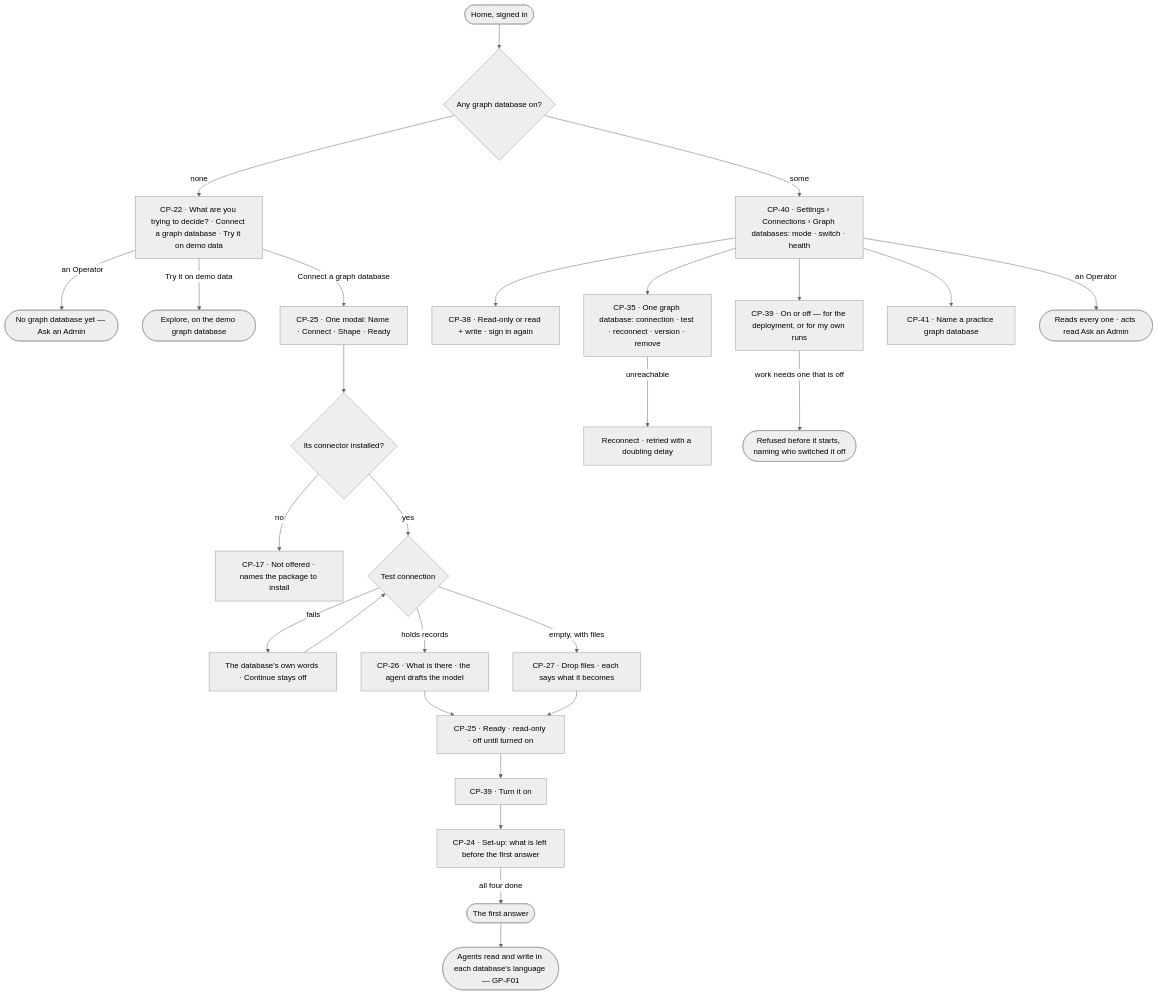
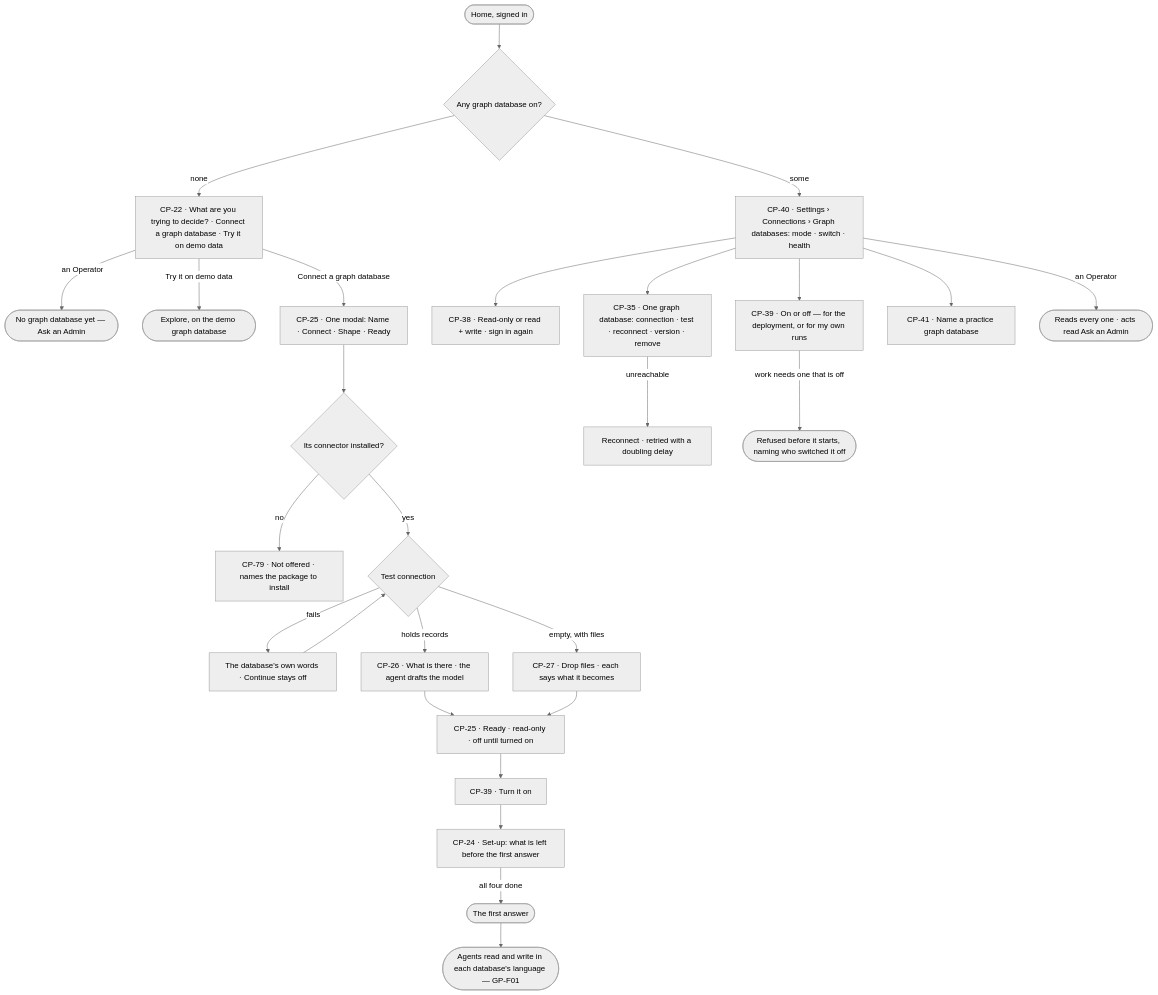
The first of 2 diagrams in specs/os/control/features/CP-F05-graph-databases/feature.md (invana/invana), drawn with Mermaid (neutral theme) before and after one commit. The commit also changed other lines of this file and 156 other files, not shown here.

Commit message:
wip(platform-design-3): P02 · steps 1-4 — section 4, E2E sweep, merges, flow boards, journeys

````diff
--- a/specs/os/control/features/CP-F05-graph-databases/feature.md
+++ b/specs/os/control/features/CP-F05-graph-databases/feature.md
@@ -26,28 +26,28 @@
 ```mermaid
 flowchart TD
   h([Home, signed in]) --> f{"Any graph database on?"}
   f -->|none| q["CP-22 · What are you trying to decide? · Connect a graph database · Try it on demo data"]
   q -->|an Operator| qa(["No graph database yet — Ask an Admin"])
   q -->|Try it on demo data| dm(["Explore, on the demo graph database"])
   q -->|Connect a graph database| c["CP-25 · One modal: Name · Connect · Shape · Ready"]
   c --> pk{"Its connector installed?"}
-  pk -->|no| pkn["CP-17 · Not offered · names the package to install"]
+  pk -->|no| pkn["CP-79 · Not offered · names the package to install"]
   pk -->|yes| t{"Test connection"}
   t -->|fails| tf["The database's own words · Continue stays off"] --> t
   t -->|holds records| hd["CP-26 · What is there · the agent drafts the model"]
   t -->|empty, with files| fl["CP-27 · Drop files · each says what it becomes"]
   hd --> rd["CP-25 · Ready · read-only · off until turned on"]
   fl --> rd
   rd --> on["CP-39 · Turn it on"]
   on --> su["CP-24 · Set-up: what is left before the first answer"]
   su -->|all four done| ans(["The first answer"])
   f -->|some| ls["CP-40 · Settings › Connections › Graph databases: mode · switch · health"]
   ls --> md["CP-38 · Read-only or read + write · sign in again"]
   ls --> sw["CP-39 · On or off — for the deployment, or for my own runs"]
   ls --> one["CP-35 · One graph database: connection · test · reconnect · version · remove"]
   one -->|unreachable| rc["Reconnect · retried with a doubling delay"]
   ls --> pr["CP-41 · Name a practice graph database"]
   ls -->|an Operator| ro(["Reads every one · acts read Ask an Admin"])
   sw -->|work needs one that is off| off(["Refused before it starts, naming who switched it off"])
   ans --> rw(["Agents read and write in each database's language — GP-F01"])
 ```
````
